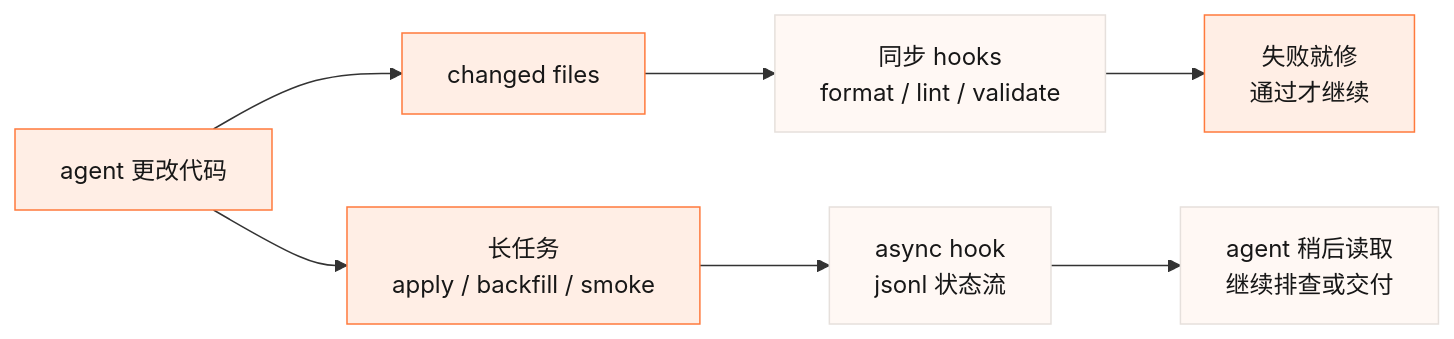
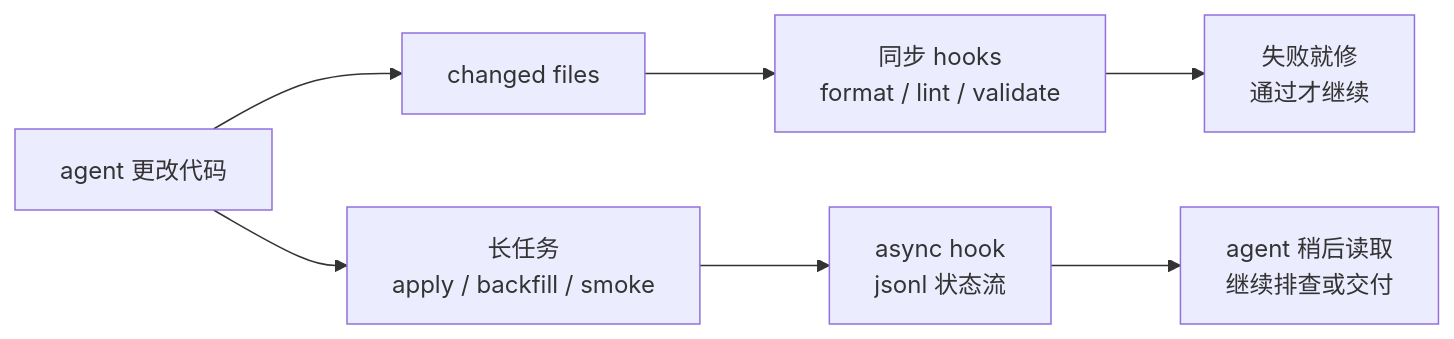
The diagram in reports/data-agent/diagrams/async-hooks.mmd (tihaya-anon/reporting), drawn with Mermaid before and after one commit. The commit also changed 18 other files, not shown here.

```diff
--- a/reports/data-agent/diagrams/async-hooks.mmd
+++ b/reports/data-agent/diagrams/async-hooks.mmd
@@ -1,11 +1,7 @@
 flowchart LR
   Agent["agent 更改代码"] --> Changed["changed files"]
   Changed --> Short["同步 hooks<br/>format / lint / validate"]
   Short --> Fix["失败就修<br/>通过才继续"]
   Agent --> Long["长任务<br/>apply / backfill / smoke"]
   Long --> Async["async hook<br/>jsonl 状态流"]
   Async --> Resume["agent 稍后读取<br/>继续排查或交付"]
-
-  classDef default fill:#FFEEE5,stroke:#FF7A3D,color:#171717,stroke-width:1px;
-  classDef muted fill:#FFF8F4,stroke:#E6E0DC,color:#171717,stroke-width:1px;
-  class Short,Async,Resume muted;
```
